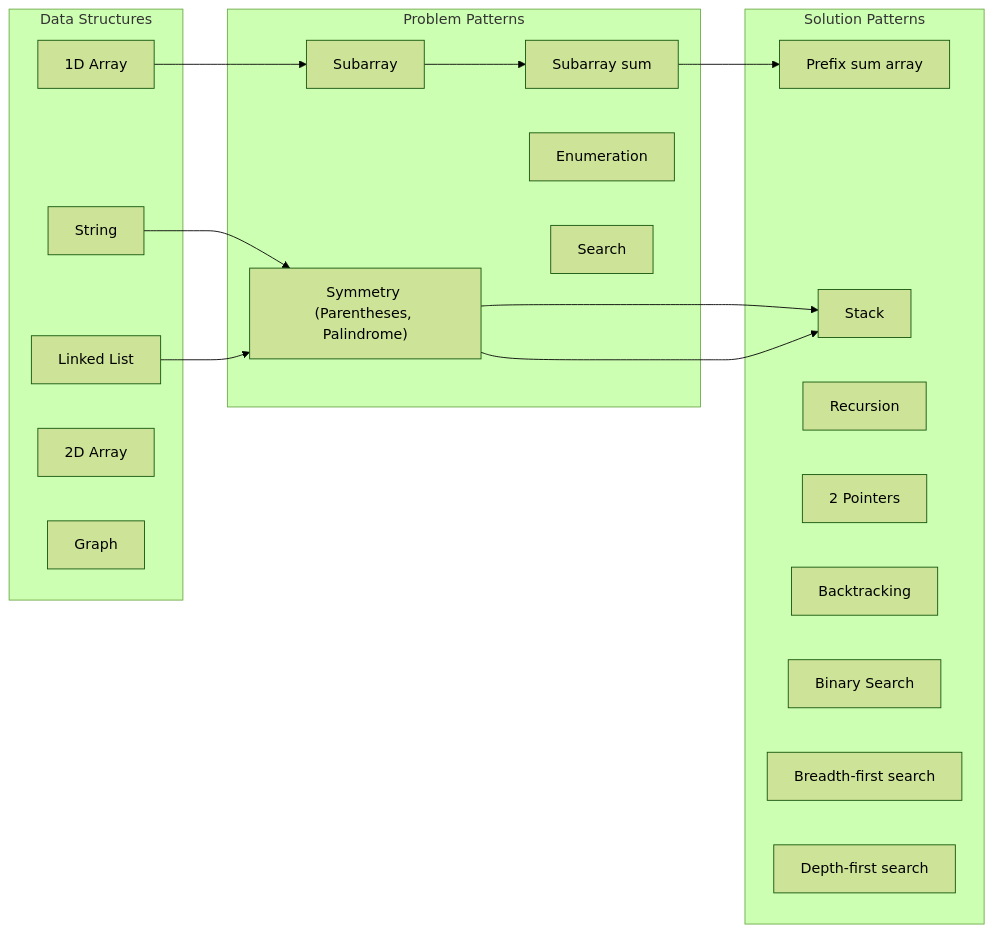
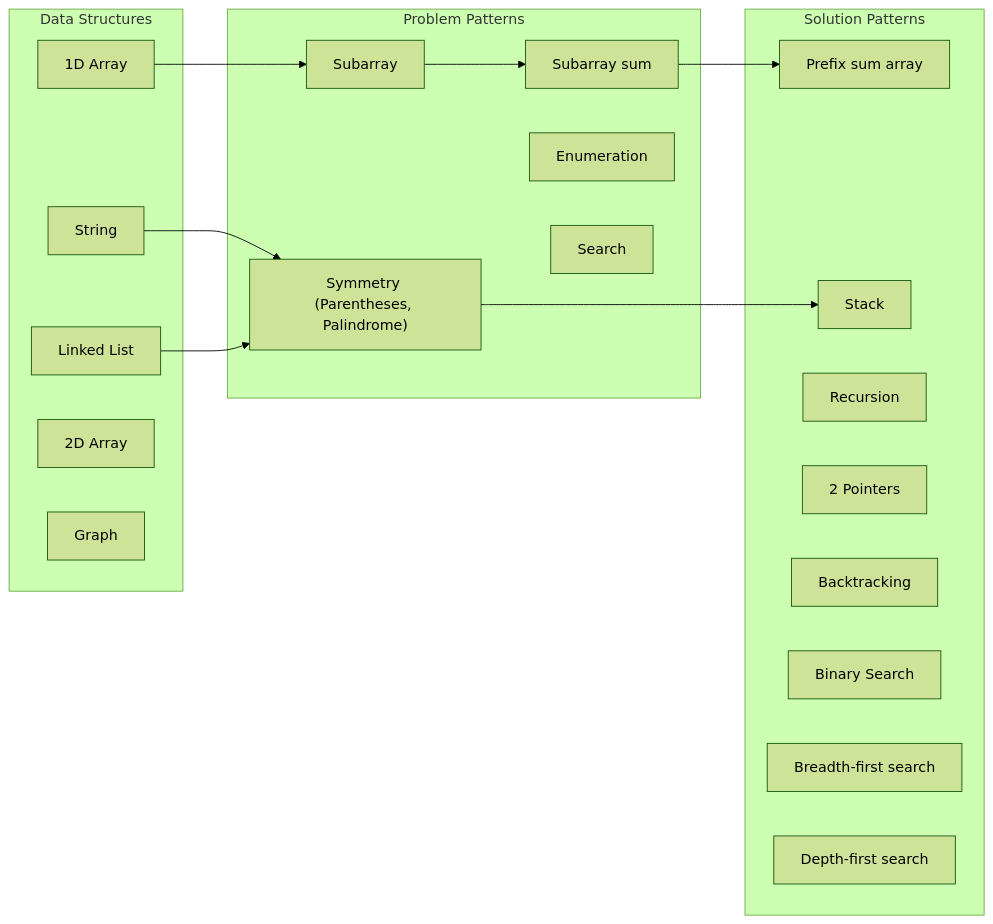
Before and after one commit to wuyichen24/coding-interview: the diagram in README.md, drawn with Mermaid (forest theme).

````diff
--- a/README.md
+++ b/README.md
@@ -103,32 +103,33 @@
 ```mermaid
 flowchart LR
    1DA-->SA-->SMS-->PSA
-   ST-->SY-->SK
-   LL-->SY-->SK
+   ST-->SY
+   LL-->SY
+   SY-->SK
 
    subgraph datastructureSG ["Data Structures"]
       1DA["1D Array"]
       2DA["2D Array"]
       LL["Linked List"]
       ST["String"] 
       GP["Graph"]
    end
 
    subgraph problemSG ["Problem Patterns"]
       SA["Subarray"]
       SMS["Subarray sum"]
       SY["Symmetry (Parentheses, Palindrome)"]
       EN["Enumeration"]
       SC["Search"]
    end
    subgraph solutionSG [Solution Patterns]
       PSA["Prefix sum array"]
       RC["Recursion"]
       2P["2 Pointers"]
       SK["Stack"]
       BT["Backtracking"]
       BS["Binary Search"]
       BFS["Breadth-first search"]
       DFS["Depth-first search"]
    end
 ```
````
